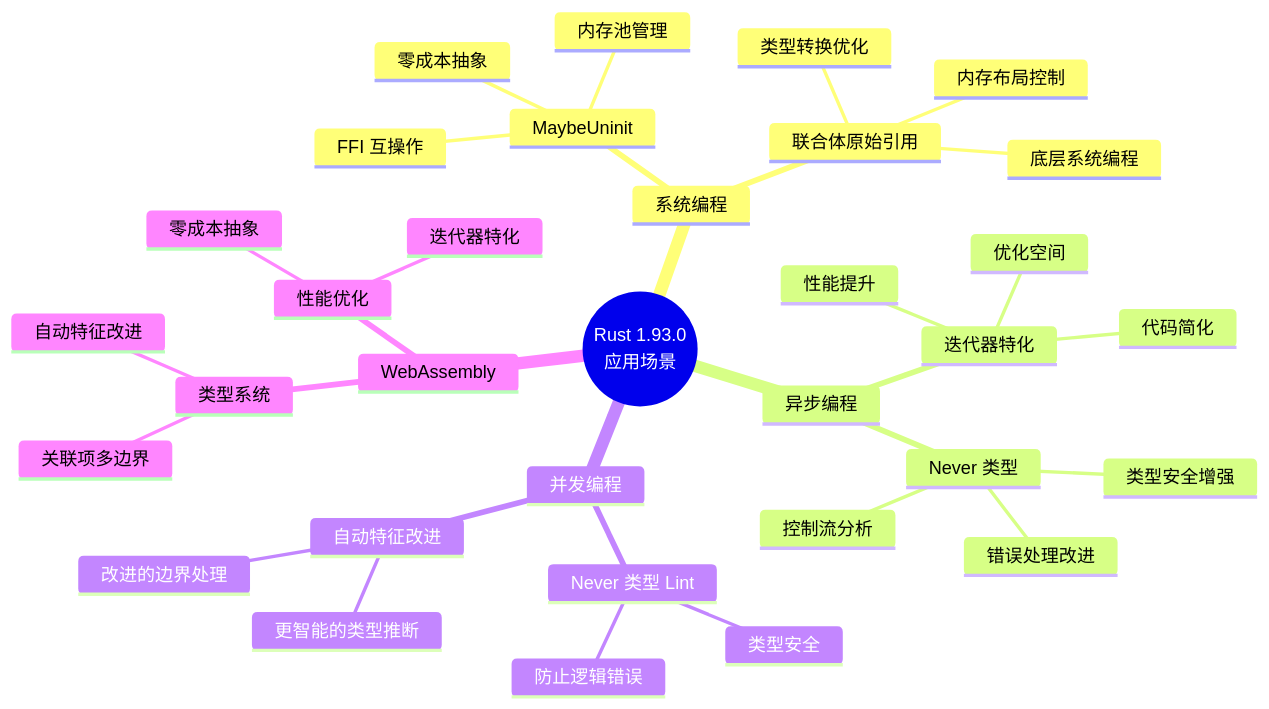
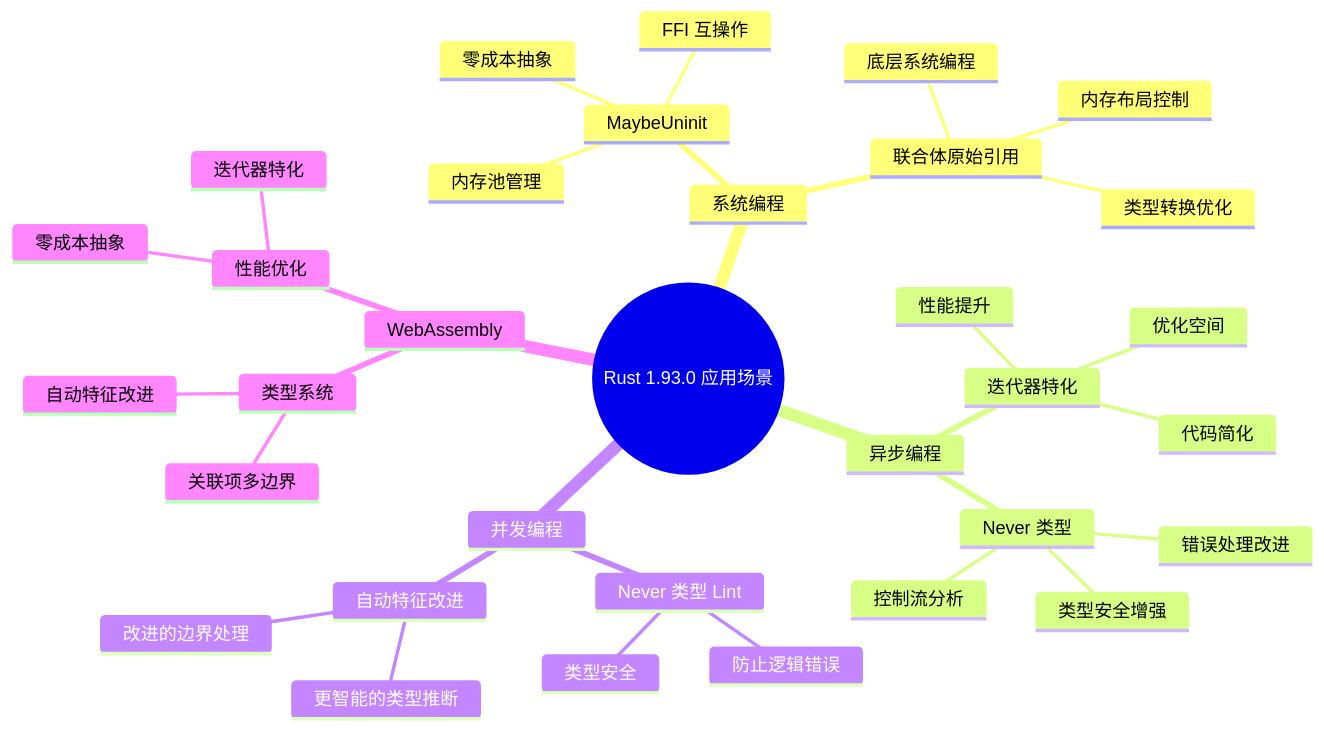
Before and after one commit to martin-ly/rust-lang: the second of 16 diagrams in docs/THINKING_REPRESENTATION_METHODS.md, drawn with Mermaid. The commit also changed other lines of this file and 42 other files, not shown here.

````diff
--- a/docs/THINKING_REPRESENTATION_METHODS.md
+++ b/docs/THINKING_REPRESENTATION_METHODS.md
@@ -137,36 +144,36 @@
 ```mermaid
 mindmap
-  root((Rust 1.93.0<br/>应用场景))
+  root((Rust 1.93.0 应用场景))
     系统编程
       MaybeUninit
         内存池管理
         零成本抽象
         FFI 互操作
       联合体原始引用
         类型转换优化
         内存布局控制
         底层系统编程
     异步编程
       迭代器特化
         性能提升
         代码简化
         优化空间
       Never 类型
         错误处理改进
         控制流分析
         类型安全增强
     并发编程
       Never 类型 Lint
         类型安全
         防止逻辑错误
       自动特征改进
         更智能的类型推断
         改进的边界处理
     WebAssembly
       性能优化
         迭代器特化
         零成本抽象
       类型系统
         关联项多边界
         自动特征改进
 ```
````
